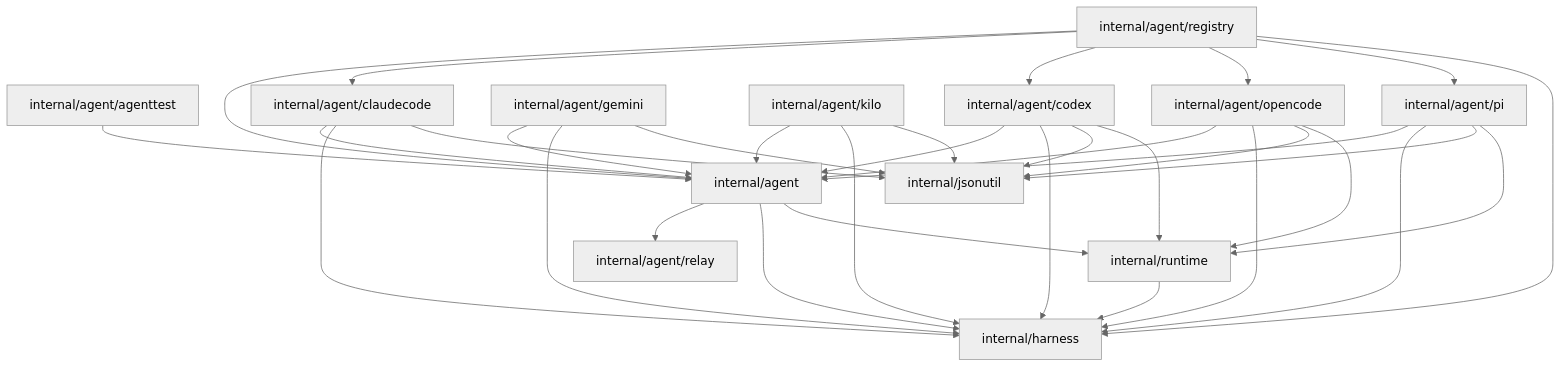
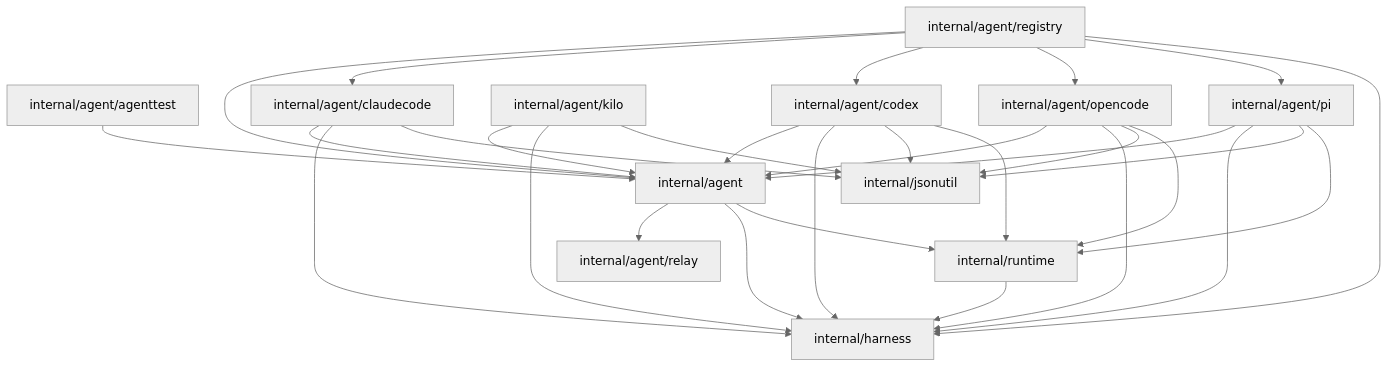
The second of 3 diagrams in backend/docs/ARCHITECTURE.md (caic-xyz/caic), drawn with Mermaid (neutral theme) before and after one commit. The commit also changed other lines of this file and 32 other files, not shown here.

Commit message:
Delete agent/gemini

````diff
--- a/backend/docs/ARCHITECTURE.md
+++ b/backend/docs/ARCHITECTURE.md
@@ -193,49 +193,45 @@
 ```mermaid
 graph TD
   pkg_internal_agent["internal/agent"]
   pkg_internal_agent_agenttest["internal/agent/agenttest"]
   pkg_internal_agent_claudecode["internal/agent/claudecode"]
   pkg_internal_agent_codex["internal/agent/codex"]
-  pkg_internal_agent_gemini["internal/agent/gemini"]
   pkg_internal_agent_kilo["internal/agent/kilo"]
   pkg_internal_agent_opencode["internal/agent/opencode"]
   pkg_internal_agent_pi["internal/agent/pi"]
   pkg_internal_agent_registry["internal/agent/registry"]
   pkg_internal_agent_relay["internal/agent/relay"]
   pkg_internal_harness["internal/harness"]
   pkg_internal_jsonutil["internal/jsonutil"]
   pkg_internal_runtime["internal/runtime"]
 
   pkg_internal_agent --> pkg_internal_agent_relay
   pkg_internal_agent --> pkg_internal_harness
   pkg_internal_agent --> pkg_internal_runtime
   pkg_internal_agent_agenttest --> pkg_internal_agent
   pkg_internal_agent_claudecode --> pkg_internal_agent
   pkg_internal_agent_claudecode --> pkg_internal_harness
   pkg_internal_agent_claudecode --> pkg_internal_jsonutil
   pkg_internal_agent_codex --> pkg_internal_agent
   pkg_internal_agent_codex --> pkg_internal_harness
   pkg_internal_agent_codex --> pkg_internal_jsonutil
   pkg_internal_agent_codex --> pkg_internal_runtime
-  pkg_internal_agent_gemini --> pkg_internal_agent
-  pkg_internal_agent_gemini --> pkg_internal_harness
-  pkg_internal_agent_gemini --> pkg_internal_jsonutil
   pkg_internal_agent_kilo --> pkg_internal_agent
   pkg_internal_agent_kilo --> pkg_internal_harness
   pkg_internal_agent_kilo --> pkg_internal_jsonutil
   pkg_internal_agent_opencode --> pkg_internal_agent
   pkg_internal_agent_opencode --> pkg_internal_harness
   pkg_internal_agent_opencode --> pkg_internal_jsonutil
   pkg_internal_agent_opencode --> pkg_internal_runtime
   pkg_internal_agent_pi --> pkg_internal_agent
   pkg_internal_agent_pi --> pkg_internal_harness
   pkg_internal_agent_pi --> pkg_internal_jsonutil
   pkg_internal_agent_pi --> pkg_internal_runtime
   pkg_internal_agent_registry --> pkg_internal_agent
   pkg_internal_agent_registry --> pkg_internal_agent_claudecode
   pkg_internal_agent_registry --> pkg_internal_agent_codex
   pkg_internal_agent_registry --> pkg_internal_agent_opencode
   pkg_internal_agent_registry --> pkg_internal_agent_pi
   pkg_internal_agent_registry --> pkg_internal_harness
   pkg_internal_runtime --> pkg_internal_harness
 ```
````
